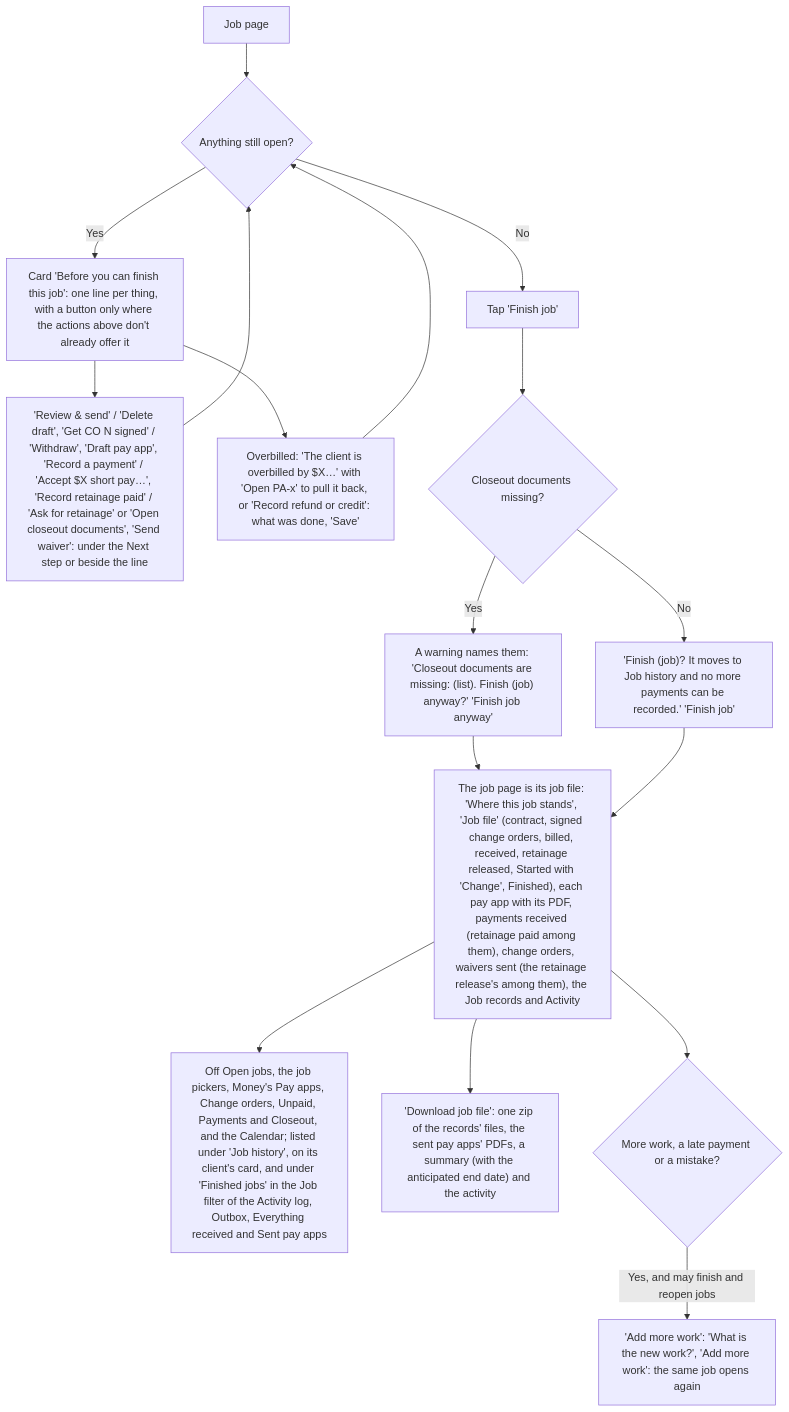
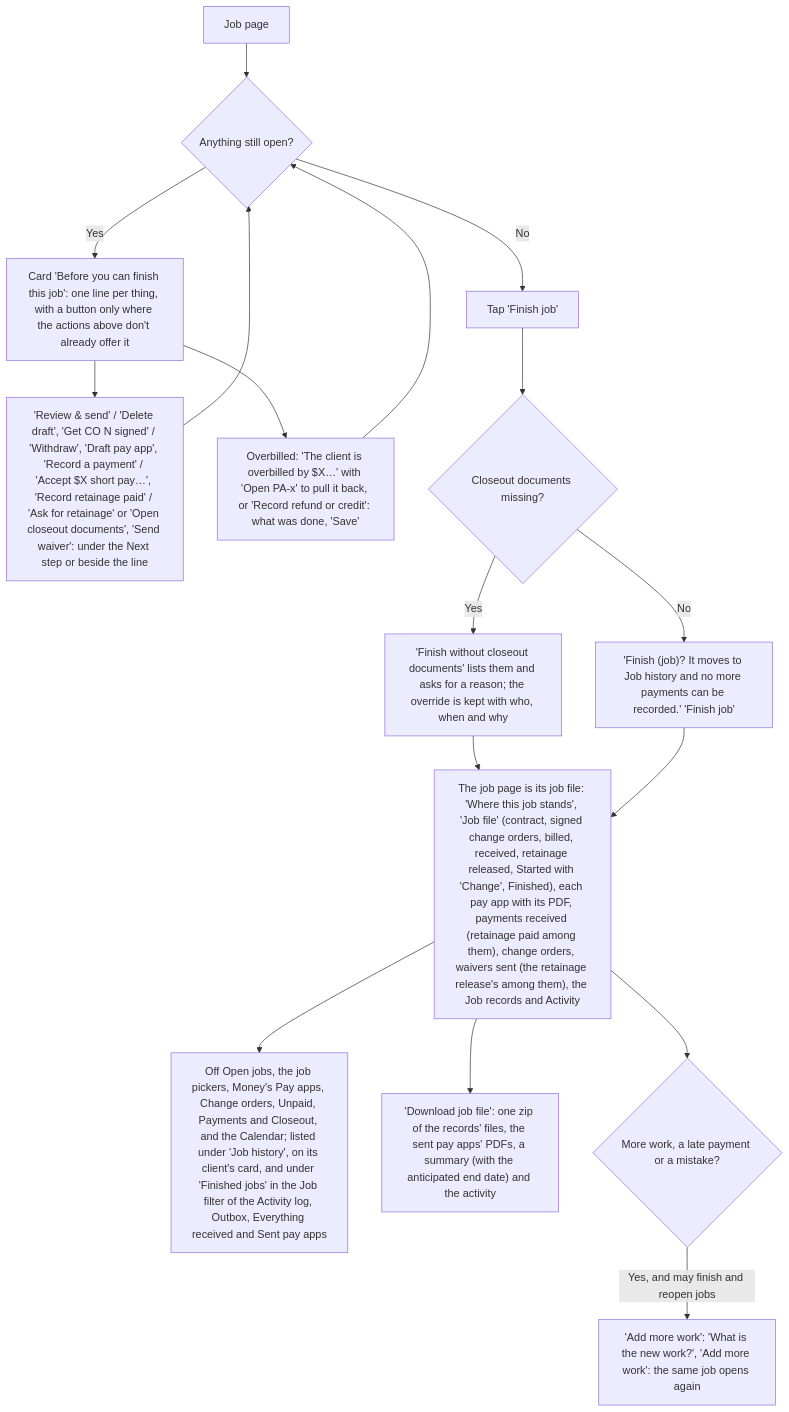
Diagram 13 of 18 in docs/client-flows.md (cartwrightstephen/billdable), drawn with Mermaid before and after one commit. The commit also changed other lines of this file and 5 other files, not shown here.

````diff
--- a/docs/client-flows.md
+++ b/docs/client-flows.md
@@ -622,19 +622,19 @@
 ```mermaid
 flowchart TD
     A["Job page"] --> B{"Anything still open?"}
     B -->|"Yes"| C["Card 'Before you can finish this job': one line per thing, with a button only where the actions above don't already offer it"]
     C --> D["'Review & send' / 'Delete draft', 'Get CO N signed' / 'Withdraw', 'Draft pay app', 'Record a payment' / 'Accept $X short pay…', 'Record retainage paid' / 'Ask for retainage' or 'Open closeout documents', 'Send waiver': under the Next step or beside the line"]
     C --> OB["Overbilled: 'The client is overbilled by $X…' with 'Open PA-x' to pull it back, or 'Record refund or credit': what was done, 'Save'"]
     OB --> B
     D --> B
     B -->|"No"| E["Tap 'Finish job'"]
     E --> E1{"Closeout documents missing?"}
-    E1 -->|"Yes"| E2["A warning names them: 'Closeout documents are missing: (list). Finish (job) anyway?' 'Finish job anyway'"]
+    E1 -->|"Yes"| E2["'Finish without closeout documents' lists them and asks for a reason; the override is kept with who, when and why"]
     E1 -->|"No"| E3["'Finish (job)? It moves to Job history and no more payments can be recorded.' 'Finish job'"]
     E2 --> F
     E3 --> F["The job page is its job file: 'Where this job stands', 'Job file' (contract, signed change orders, billed, received, retainage released, Started with 'Change', Finished), each pay app with its PDF, payments received (retainage paid among them), change orders, waivers sent (the retainage release's among them), the Job records and Activity"]
     F --> G["Off Open jobs, the job pickers, Money's Pay apps, Change orders, Unpaid, Payments and Closeout, and the Calendar; listed under 'Job history', on its client's card, and under 'Finished jobs' in the Job filter of the Activity log, Outbox, Everything received and Sent pay apps"]
     F --> DL["'Download job file': one zip of the records' files, the sent pay apps' PDFs, a summary (with the anticipated end date) and the activity"]
     F --> H{"More work, a late payment or a mistake?"}
     H -->|"Yes, and may finish and reopen jobs"| I["'Add more work': 'What is the new work?', 'Add more work': the same job opens again"]
 ```
````
